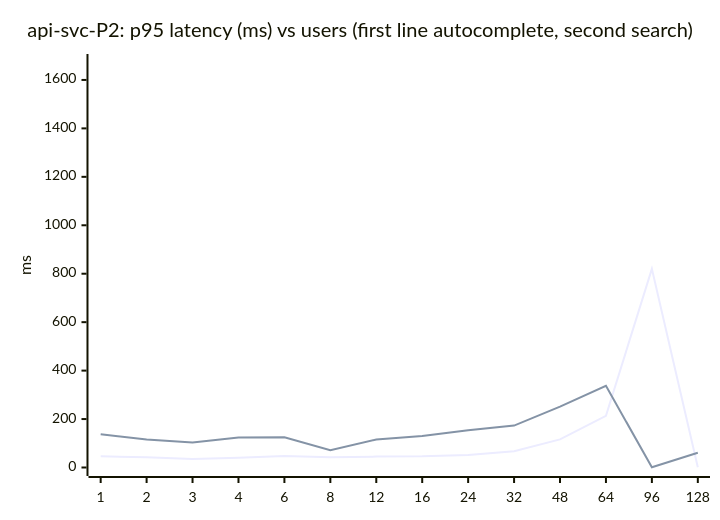
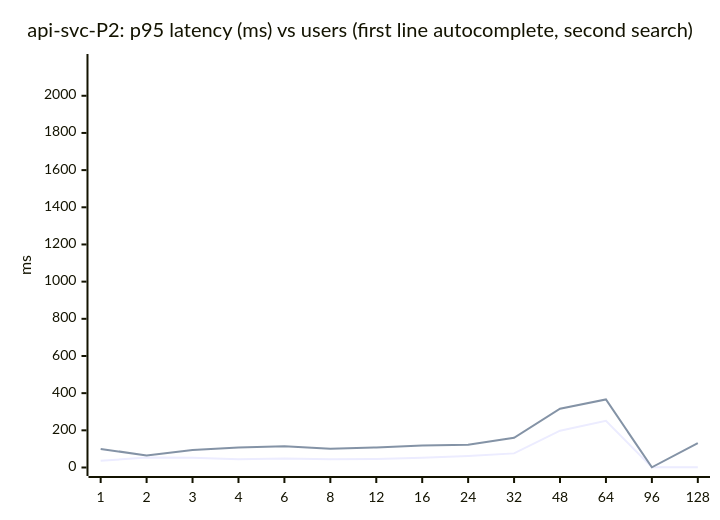
One commit to johnzastrow/pgeo changed the seventh of 13 diagrams in docs/LOAD_TEST_RESULTS_PGEO.md. Above: the diagram before and after it, drawn with Mermaid. The commit also changed other lines of this file and 3 other files, not shown here.

````diff
--- a/docs/LOAD_TEST_RESULTS_PGEO.md
+++ b/docs/LOAD_TEST_RESULTS_PGEO.md
@@ -216,8 +209,8 @@
 ```mermaid
 xychart-beta
     title "api-svc-P2: p95 latency (ms) vs users (first line autocomplete, second search)"
     x-axis [1, 2, 3, 4, 6, 8, 12, 16, 24, 32, 48, 64, 96, 128]
-    y-axis "ms" 0 --> 1672
-    line [46, 42, 35, 40, 47, 42, 45, 46, 52, 67, 116, 213, 820, 1,356]
-    line [137, 116, 103, 124, 125, 71, 116, 130, 154, 173, 251, 337, 1,061, 1,520]
+    y-axis "ms" 0 --> 2179
+    line [36, 54, 52, 44, 49, 44, 46, 52, 62, 76, 198, 251, 1,002, 1,841]
+    line [100, 65, 94, 107, 114, 101, 108, 118, 123, 160, 316, 366, 1,131, 1,981]
 ```
````
